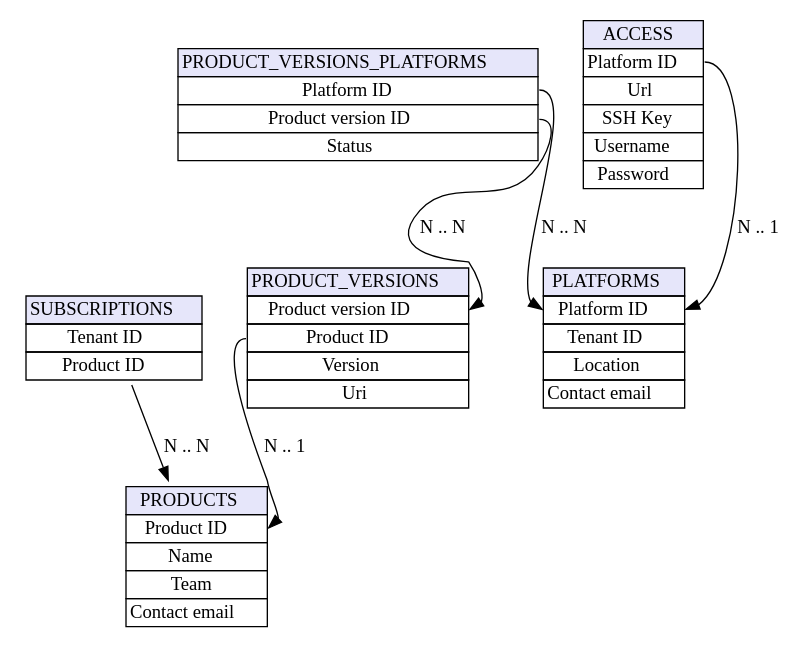
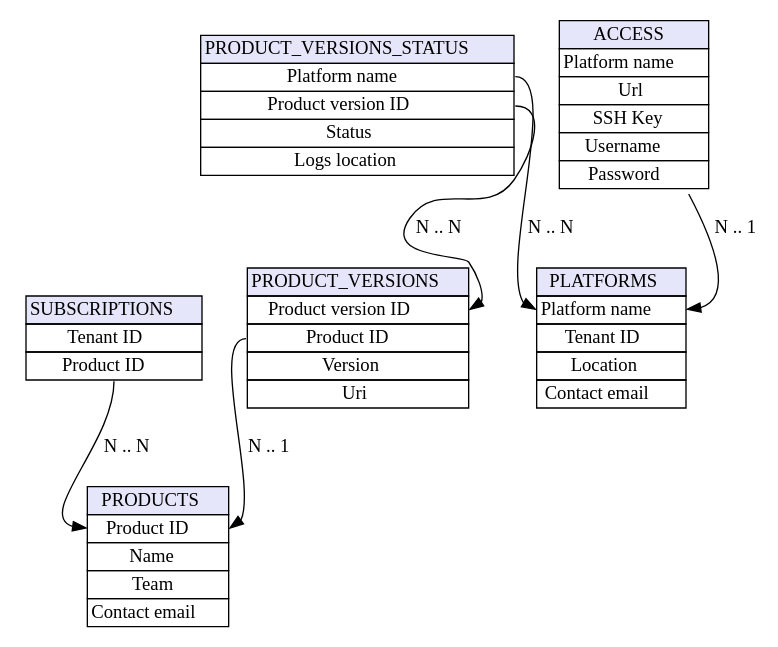
One commit to chmouel/kitchen-saladier changed the diagram in doc/source/architecture.rst. Above: the diagram before and after it, drawn with Graphviz. The commit also changed 4 other files, not shown here.

Commit message:
Add product version status

```diff
--- a/doc/source/architecture.rst
+++ b/doc/source/architecture.rst
@@ -75,63 +75,64 @@
 .. graphviz::
 
    digraph structs {
      node [shape=plaintext]
 
        SUBSCRIPTIONS [label=<
        <table border="0" cellborder="1" cellspacing="0" align="left">
        <tr><td BGCOLOR="Lavender">SUBSCRIPTIONS</td></tr>
        <tr><td PORT="TENANT_ID">Tenant ID</td></tr>
        <tr><td PORT="PRODUCT_ID">Product ID</td></tr>
        </table>>];
 
        PRODUCTS [label=<
        <table border="0" cellborder="1" cellspacing="0" align="left">
        <tr><td BGCOLOR="Lavender">PRODUCTS</td></tr>
        <tr><td PORT="PRODUCT_ID">Product ID</td></tr>
        <tr><td PORT="Name">Name</td></tr>
        <tr><td PORT="Team">Team</td></tr>
        <tr><td PORT="Contact_email">Contact email</td></tr>
        </table>>];
 
-       PRODUCT_VERSIONS_PLATFORMS [label=<
+       PRODUCT_VERSIONS_STATUS [label=<
        <table border="0" cellborder="1" cellspacing="0" align="left">
-       <tr><td BGCOLOR="Lavender">PRODUCT_VERSIONS_PLATFORMS </td></tr>
-       <tr><td PORT="Platform_ID">Platform ID</td></tr>
+       <tr><td BGCOLOR="Lavender">PRODUCT_VERSIONS_STATUS </td></tr>
+       <tr><td PORT="Platform_NAME">Platform name</td></tr>
        <tr><td PORT="PRODUCT_VERSION_ID">Product version ID</td></tr>
        <tr><td PORT="STATUS">Status</td></tr>
+       <tr><td PORT="LOGS_LOCATION">Logs location</td></tr>
        </table>>];
 
        PLATFORMS [label=<
        <table border="0" cellborder="1" cellspacing="0" align="left">
        <tr><td BGCOLOR="Lavender">PLATFORMS</td></tr>
-       <tr><td PORT="PLATFORM_ID">Platform ID</td></tr>
+       <tr><td PORT="PLATFORM_NAME">Platform name</td></tr>
        <tr><td PORT="Tenant_ID">Tenant ID</td></tr>
        <tr><td PORT="Location">Location</td></tr>
        <tr><td PORT="Notes">Contact email</td></tr>
        </table>>];
 
        PRODUCT_VERSIONS [label=<
        <table border="0" cellborder="1" cellspacing="0" align="left">
        <tr><td BGCOLOR="Lavender">PRODUCT_VERSIONS</td></tr>
        <tr><td PORT="PRODUCT_VERSION_ID">Product version ID</td></tr>
        <tr><td PORT="Product_ID">Product ID</td></tr>
        <tr><td PORT="Version">Version</td></tr>
        <tr><td PORT="Uri">Uri</td></tr>
        </table>>];
 
        ACCESS [label=<
        <table border="0" cellborder="1" cellspacing="0" align="left">
        <tr><td BGCOLOR="Lavender">ACCESS</td></tr>
-       <tr><td PORT="Platform_ID">Platform ID</td></tr>
+       <tr><td PORT="Platform_NAME">Platform name</td></tr>
        <tr><td PORT="Url">Url</td></tr>
        <tr><td PORT="SSH Key">SSH Key</td></tr>
        <tr><td PORT="Username">Username</td></tr>
        <tr><td PORT="Password">Password</td></tr>
        </table>>];
 
-       SUBSCRIPTIONS:PRODUCT_NAME -> PRODUCTS:PRODUCT_NAME[label = "N .. N"];
-       PRODUCT_VERSIONS_PLATFORMS:PLATFORM_ID -> PLATFORMS:PLATFORM_ID[label = "N .. N"];
-       PRODUCT_VERSIONS_PLATFORMS:PRODUCT_VERSION_ID -> PRODUCT_VERSIONS:PRODUCT_VERSION_ID[label = "N .. N"];
-       ACCESS:Platform_ID -> PLATFORMS:PLATFORM_ID[label = "N .. 1"];
+       SUBSCRIPTIONS:PRODUCT_ID -> PRODUCTS:PRODUCT_ID[label = "N .. N"];
+       PRODUCT_VERSIONS_STATUS:PLATFORM_NAME -> PLATFORMS:PLATFORM_NAME[label = "N .. N"];
+       PRODUCT_VERSIONS_STATUS:PRODUCT_VERSION_ID -> PRODUCT_VERSIONS:PRODUCT_VERSION_ID[label = "N .. N"];
+       ACCESS:Platform_ID -> PLATFORMS:PLATFORM_NAME[label = "N .. 1"];
        PRODUCT_VERSIONS:Product_ID -> PRODUCTS:PRODUCT_ID[label = "N .. 1"];
    }
```
